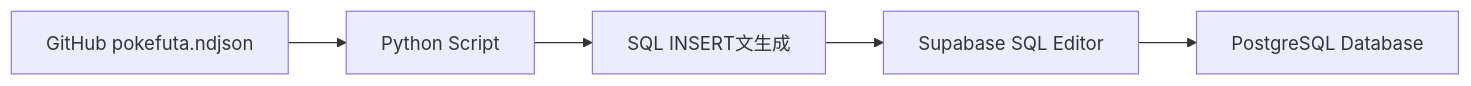
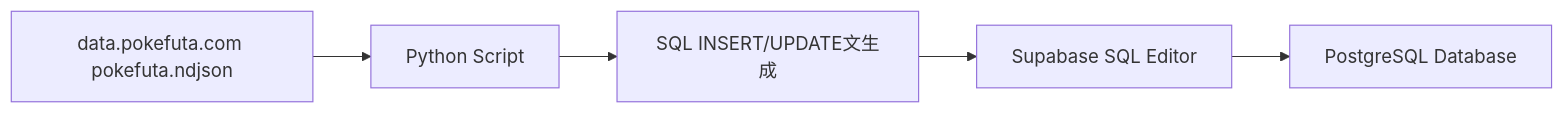
The diagram in tools/README.md (nishiokya/pokefuta), drawn with Mermaid before and after one commit. The commit also changed other lines of this file and 1 other file, not shown here.

````diff
--- a/tools/README.md
+++ b/tools/README.md
@@ -203,7 +226,7 @@
 ```mermaid
 graph LR
-    A[GitHub pokefuta.ndjson] --> B[Python Script]
-    B --> C[SQL INSERT文生成]
+    A[data.pokefuta.com pokefuta.ndjson] --> B[Python Script]
+    B --> C[SQL INSERT/UPDATE文生成]
     C --> D[Supabase SQL Editor]
     D --> E[PostgreSQL Database]
 ```
````
